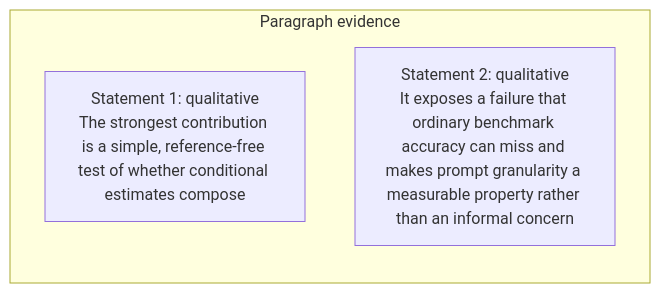
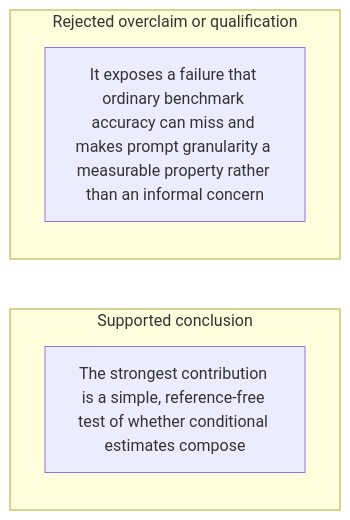
Diagram 43 of 48 in docs/visual-manifests/VISUAL_MANIFEST_PARTITION_PROMPT_AGGREGATE.md (Betancourt1/paper_atlas), drawn with Mermaid before and after one commit. The commit also changed other lines of this file and 7 other files, not shown here.

````diff
--- a/docs/visual-manifests/VISUAL_MANIFEST_PARTITION_PROMPT_AGGREGATE.md
+++ b/docs/visual-manifests/VISUAL_MANIFEST_PARTITION_PROMPT_AGGREGATE.md
@@ -3475,7 +3487,9 @@
 ```mermaid
 flowchart LR
-  subgraph p1["Paragraph evidence"]
-    p1r1["Statement 1: qualitative<br/>The strongest contribution is a simple, reference-free test of whether conditional estimates compose"]
-    p1r2["Statement 2: qualitative<br/>It exposes a failure that ordinary benchmark accuracy can miss and makes prompt granularity a measurable property rather than an informal concern"]
+  subgraph g1["Supported conclusion"]
+    g1i1["The strongest contribution is a simple, reference-free test of whether conditional estimates compose"]
+  end
+  subgraph g2["Rejected overclaim or qualification"]
+    g2i1["It exposes a failure that ordinary benchmark accuracy can miss and makes prompt granularity a measurable property rather than an informal concern"]
   end
 ```
````
